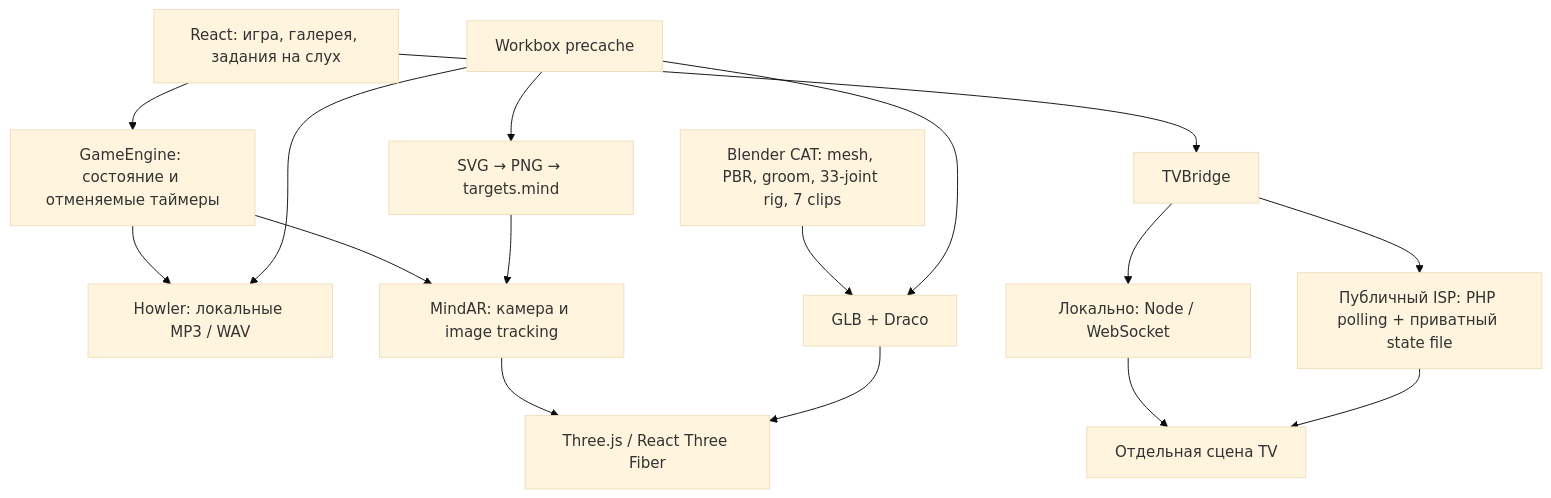
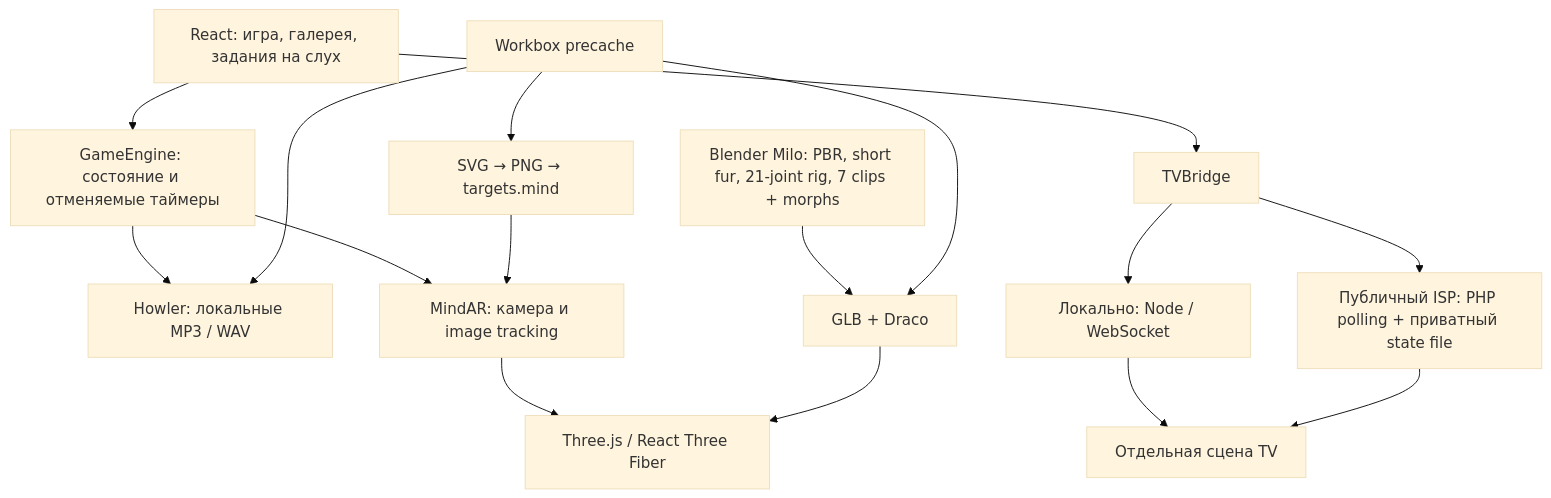
Before and after one commit to lvipa/magic-animals: the diagram in ARCHITECTURE.md, drawn with Mermaid (base theme). The commit also changed other lines of this file and 70 other files, not shown here.

Commit message:
Ship Milo short fur and eight freely scanned AR cards with responsive cast layout

````diff
--- a/ARCHITECTURE.md
+++ b/ARCHITECTURE.md
@@ -7,18 +7,18 @@
 ```mermaid
 flowchart TD
   UI[React: игра, галерея, задания на слух] --> Engine[GameEngine: состояние и отменяемые таймеры]
   Engine --> Audio[Howler: локальные MP3 / WAV]
   Engine --> AR[MindAR: камера и image tracking]
   AR --> Render[Three.js / React Three Fiber]
-  Asset[Blender CAT: mesh, PBR, groom, 33-joint rig, 7 clips] --> GLB[GLB + Draco]
+  Asset[Blender Milo: PBR, short fur, 21-joint rig, 7 clips + morphs] --> GLB[GLB + Draco]
   GLB --> Render
   UI --> TV[TVBridge]
   TV --> WS[Локально: Node / WebSocket]
   TV --> PHP[Публичный ISP: PHP polling + приватный state file]
   WS --> Screen[Отдельная сцена TV]
   PHP --> Screen
   Cards[SVG → PNG → targets.mind] --> AR
   PWA[Workbox precache] --> Audio
   PWA --> GLB
   PWA --> Cards
 ```
````
